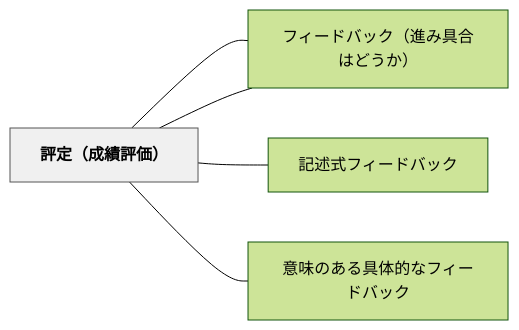
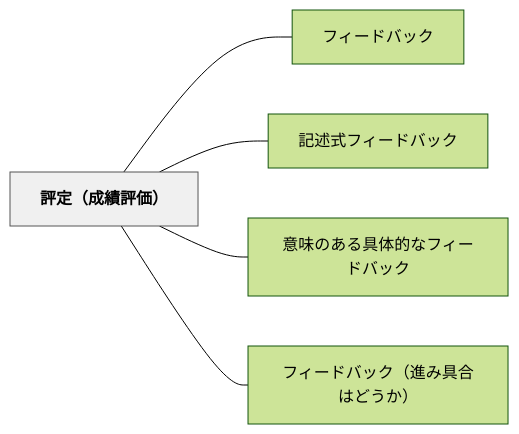
One commit to unknownthings-ed-patterns/unknownthings-ed-patterns changed the diagram in content/パタン/評定（成績評価）.md. Above: the diagram before and after it, drawn with Mermaid (forest theme). The commit also changed 527 other files, not shown here.

````diff
--- a/content/パタン/評定（成績評価）.md
+++ b/content/パタン/評定（成績評価）.md
@@ -52,16 +52,16 @@
 ```mermaid
 flowchart LR
-    ne8a995e5ae9a["評定（成績評価）"]
-    ne38395e382a3["フィードバック"]
-    ne8a898e8bfb0["記述式フィードバック"]
-    ne6848fe591b3["意味のある具体的なフィードバック"]
-    ne38395e382a3["フィードバック（進み具合はどうか）"]
+    ne8a995e5ae9aefbc88e68890e7b8bee8a995e4bea1efbc89["評定（成績評価）"]
+    ne38395e382a3e383bce38389e38390e38383e382af["フィードバック"]
+    ne8a898e8bfb0e5bc8fe38395e382a3e383bce38389e38390e38383e382af["記述式フィードバック"]
+    ne6848fe591b3e381aee38182e3828be585b7e4bd93e79a84e381aae38395e382a3e383bce38389e38390e38383e382af["意味のある具体的なフィードバック"]
+    ne38395e382a3e383bce38389e38390e38383e382afefbc88e980b2e381bfe585b7e59088e381afe381a9e38186e3818befbc89["フィードバック（進み具合はどうか）"]
 
-    ne8a995e5ae9a --- ne38395e382a3
-    ne8a995e5ae9a --- ne8a898e8bfb0
-    ne8a995e5ae9a --- ne6848fe591b3
-    ne8a995e5ae9a --- ne38395e382a3
+    ne8a995e5ae9aefbc88e68890e7b8bee8a995e4bea1efbc89 --- ne38395e382a3e383bce38389e38390e38383e382af
+    ne8a995e5ae9aefbc88e68890e7b8bee8a995e4bea1efbc89 --- ne8a898e8bfb0e5bc8fe38395e382a3e383bce38389e38390e38383e382af
+    ne8a995e5ae9aefbc88e68890e7b8bee8a995e4bea1efbc89 --- ne6848fe591b3e381aee38182e3828be585b7e4bd93e79a84e381aae38395e382a3e383bce38389e38390e38383e382af
+    ne8a995e5ae9aefbc88e68890e7b8bee8a995e4bea1efbc89 --- ne38395e382a3e383bce38389e38390e38383e382afefbc88e980b2e381bfe585b7e59088e381afe381a9e38186e3818befbc89
 
     classDef hub fill:#f0f0f0,stroke:#555,color:#000,font-weight:bold
-    class ne8a995e5ae9a hub
+    class ne8a995e5ae9aefbc88e68890e7b8bee8a995e4bea1efbc89 hub
 ```
````
